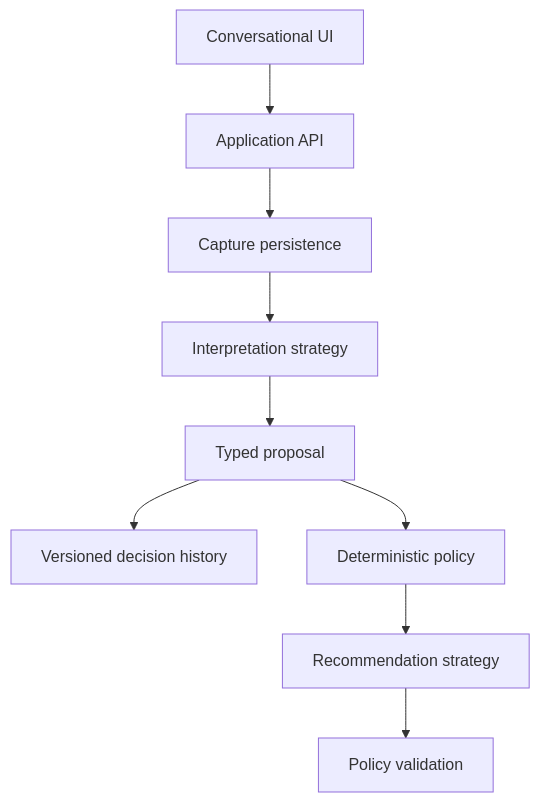
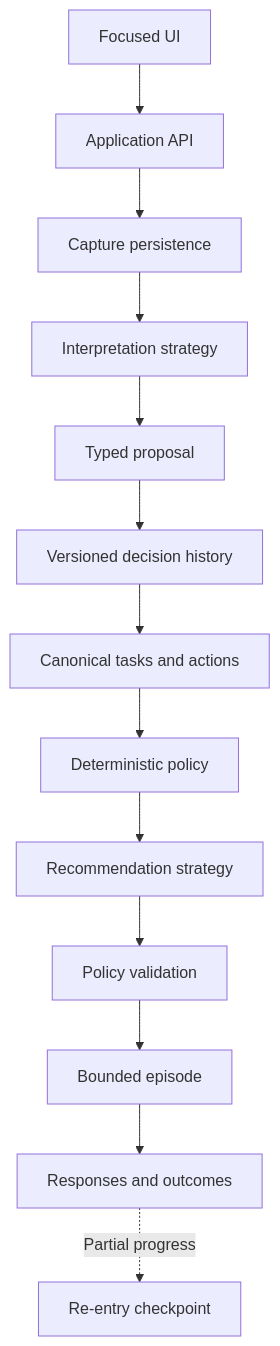
One commit to rootkow/weavance changed the diagram in docs/architecture.md. Above: the diagram before and after it, drawn with Mermaid. The commit also changed other lines of this file and 7 other files, not shown here.

````diff
--- a/docs/architecture.md
+++ b/docs/architecture.md
@@ -25,11 +27,15 @@
 ```mermaid
 flowchart TD
-    UI["Conversational UI"] --> API["Application API"]
+    UI["Focused UI"] --> API["Application API"]
     API --> STORE["Capture persistence"]
     STORE --> INTERPRET["Interpretation strategy"]
     INTERPRET --> PROPOSAL["Typed proposal"]
     PROPOSAL --> HISTORY["Versioned decision history"]
-    PROPOSAL --> POLICY["Deterministic policy"]
+    HISTORY --> STATE["Canonical tasks and actions"]
+    STATE --> POLICY["Deterministic policy"]
     POLICY --> RECOMMEND["Recommendation strategy"]
     RECOMMEND --> VALIDATE["Policy validation"]
+    VALIDATE --> EPISODE["Bounded episode"]
+    EPISODE --> EVENTS["Responses and outcomes"]
+    EVENTS -. "Partial progress" .-> REENTRY["Re-entry checkpoint"]
 ```
````
